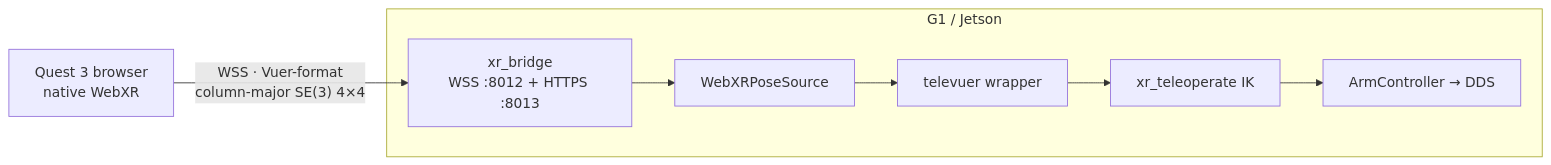
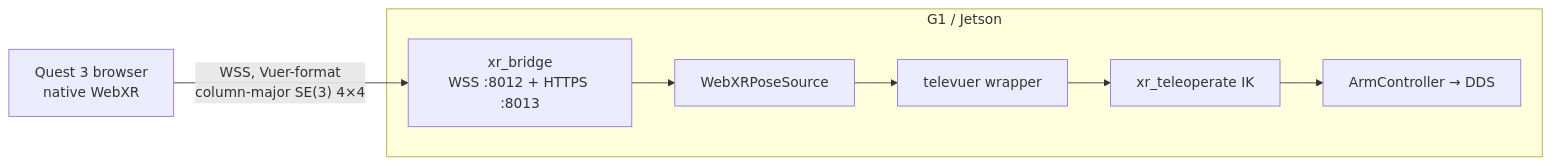
The diagram in docs/guide/webxr-teleop.md (cagataycali/neon-the-g1), drawn with Mermaid before and after one commit. The commit also changed other lines of this file and 22 other files, not shown here.

````diff
--- a/docs/guide/webxr-teleop.md
+++ b/docs/guide/webxr-teleop.md
@@ -15,9 +15,9 @@
 ```mermaid
 flowchart LR
     Q["Quest 3 browser<br/>native WebXR"]
-      -- "WSS · Vuer-format<br/>column-major SE(3) 4×4" --> B
+      -- "WSS, Vuer-format<br/>column-major SE(3) 4×4" --> B
     subgraph ROBOT["G1 / Jetson"]
         B["xr_bridge<br/>WSS :8012 + HTTPS :8013"] --> PS["WebXRPoseSource"]
         PS --> TV["televuer wrapper"] --> IK["xr_teleoperate IK"] --> DDS["ArmController → DDS"]
     end
 ```
````
